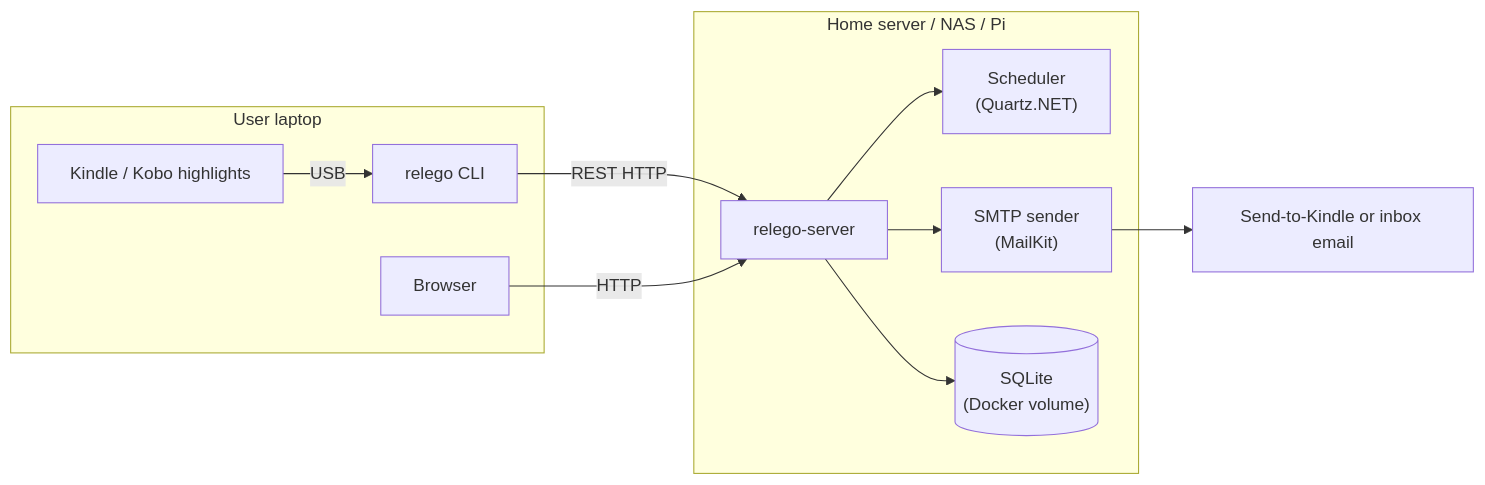
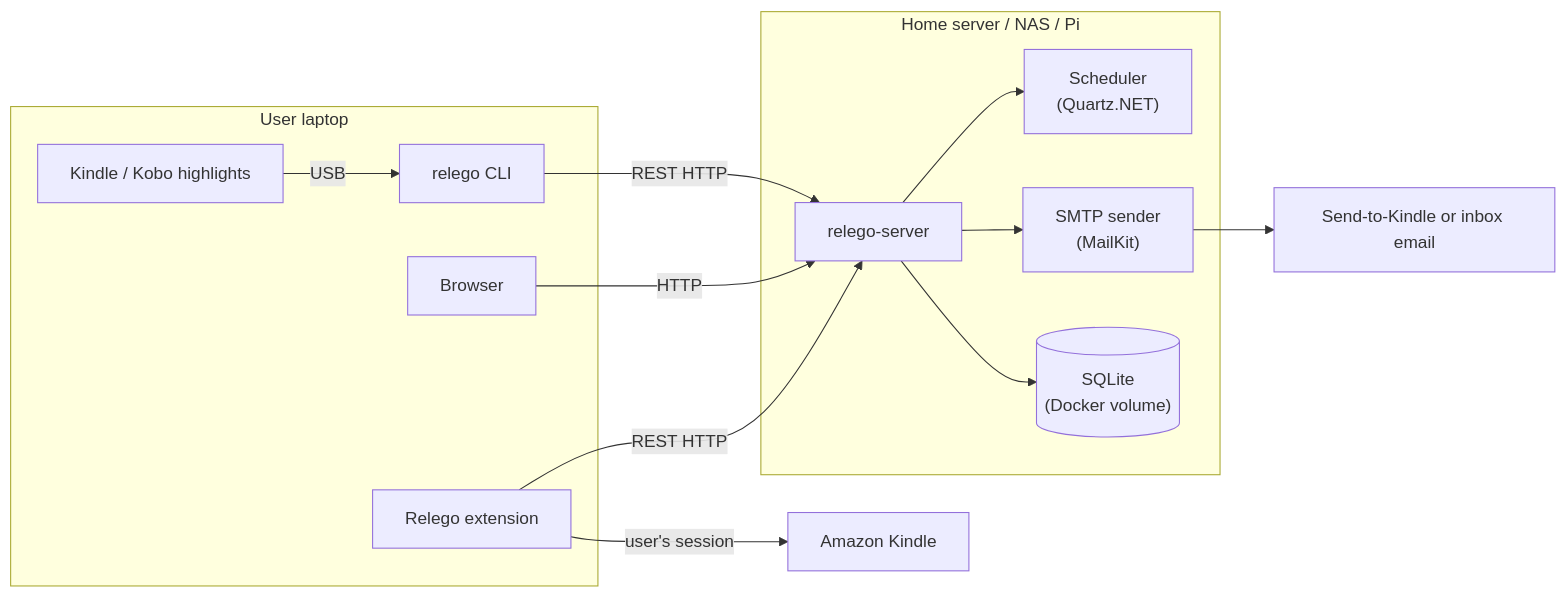
One commit to krusty93/relego changed the diagram in docs/ARCHITECTURE.md. Above: the diagram before and after it, drawn with Mermaid. The commit also changed other lines of this file and 67 other files, not shown here.

First line of the commit message:
Feature 011 (Polish): extension release packaging, architecture docs and validation (#481)

````diff
--- a/docs/ARCHITECTURE.md
+++ b/docs/ARCHITECTURE.md
@@ -13,23 +13,26 @@
 ```mermaid
 flowchart LR
     subgraph laptop["User laptop"]
         cli["relego CLI"]
         sources["Kindle / Kobo highlights"]
         browser["Browser"]
+        ext["Relego extension"]
     end
 
     subgraph server["Home server / NAS / Pi"]
         app["relego-server"]
         scheduler["Scheduler<br/>(Quartz.NET)"]
         smtp["SMTP sender<br/>(MailKit)"]
         database[("SQLite<br/>(Docker volume)")]
     end
 
     sources -->|USB| cli
     cli -->|REST HTTP| app
     browser -->|HTTP| app
+    ext -->|REST HTTP| app
+    ext -->|user's session| amazon["Amazon Kindle"]
     app --> scheduler
     app --> smtp
     app --> database
     smtp --> delivery["Send-to-Kindle or inbox email"]
 ```
````
